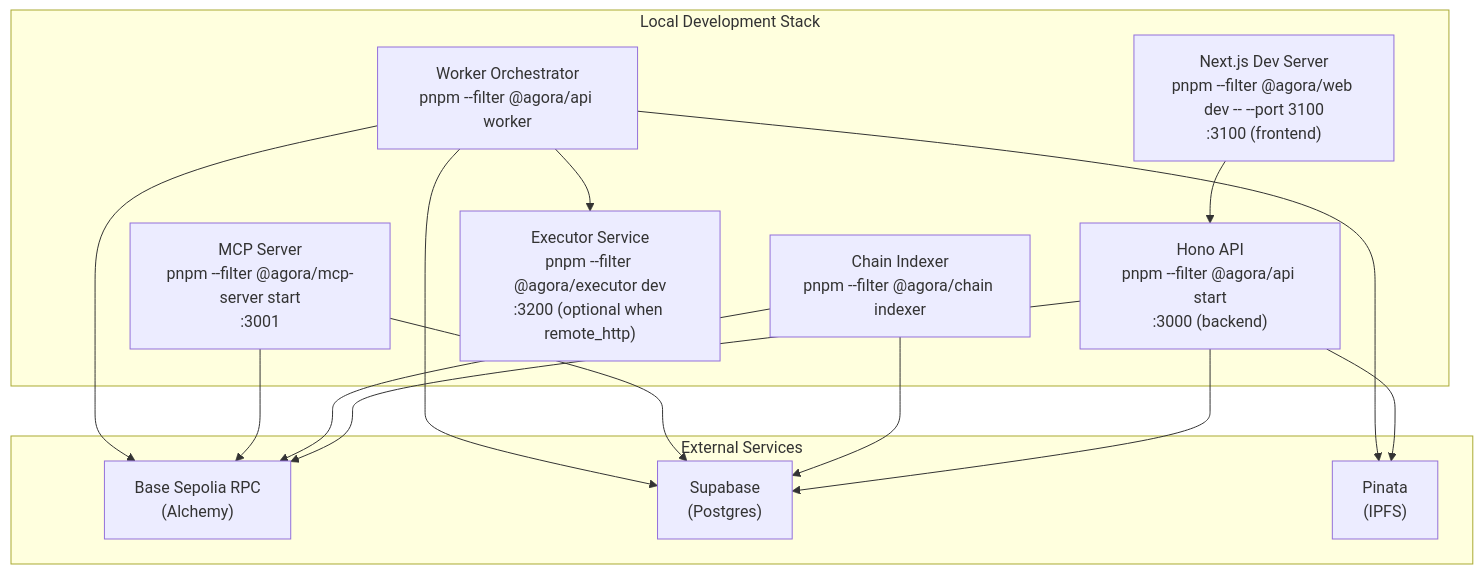
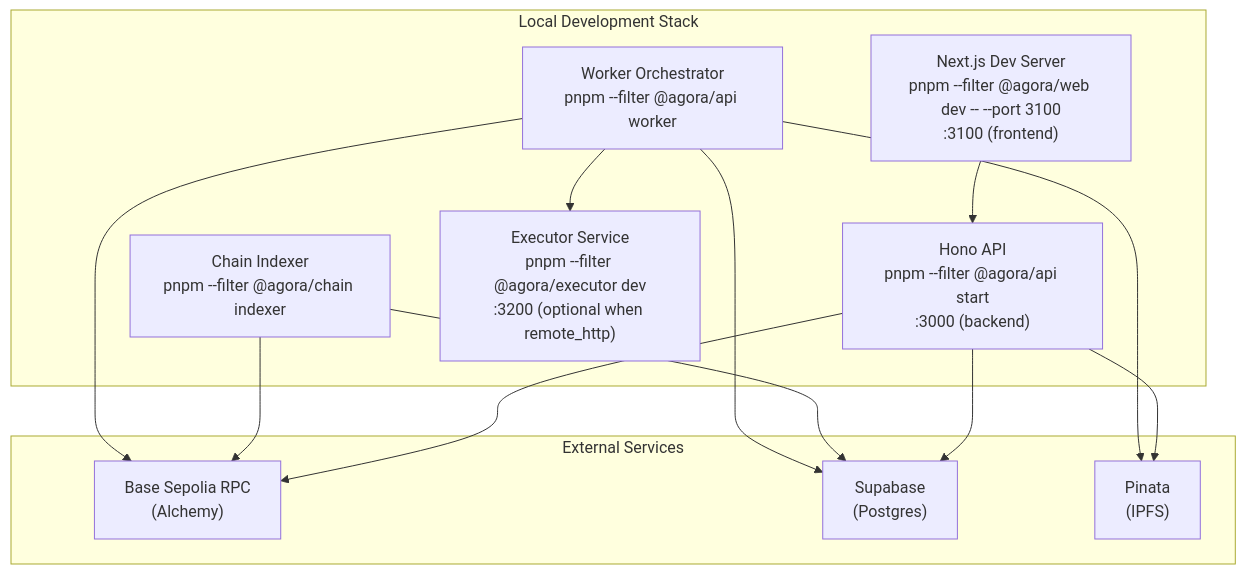
Before and after one commit to andymolecule/Hermes: the first of 3 diagrams in docs/operations.md, drawn with Mermaid. The commit also changed other lines of this file and 166 other files, not shown here.

Commit message:
Hard-cut machine contract cleanup and runtime schema enforcement

````diff
--- a/docs/operations.md
+++ b/docs/operations.md
@@ -39,30 +38,27 @@
 ```mermaid
 flowchart TB
     subgraph Local["Local Development Stack"]
         Web["Next.js Dev Server<br/>pnpm --filter @agora/web dev -- --port 3100<br/>:3100 (frontend)"]
         API["Hono API<br/>pnpm --filter @agora/api start<br/>:3000 (backend)"]
-        MCP["MCP Server<br/>pnpm --filter @agora/mcp-server start<br/>:3001"]
         Indexer["Chain Indexer<br/>pnpm --filter @agora/chain indexer"]
         Worker["Worker Orchestrator<br/>pnpm --filter @agora/api worker"]
         Executor["Executor Service<br/>pnpm --filter @agora/executor dev<br/>:3200 (optional when remote_http)"]
     end
 
     subgraph External["External Services"]
         RPC["Base Sepolia RPC<br/>(Alchemy)"]
         Supa["Supabase<br/>(Postgres)"]
         Pin["Pinata<br/>(IPFS)"]
     end
 
     API --> Supa
     API --> Pin
     API --> RPC
     Indexer --> RPC
     Indexer --> Supa
-    MCP --> Supa
-    MCP --> RPC
     Worker --> Supa
     Worker --> Pin
     Worker --> RPC
     Worker --> Executor
     Web --> API
 ```
````
